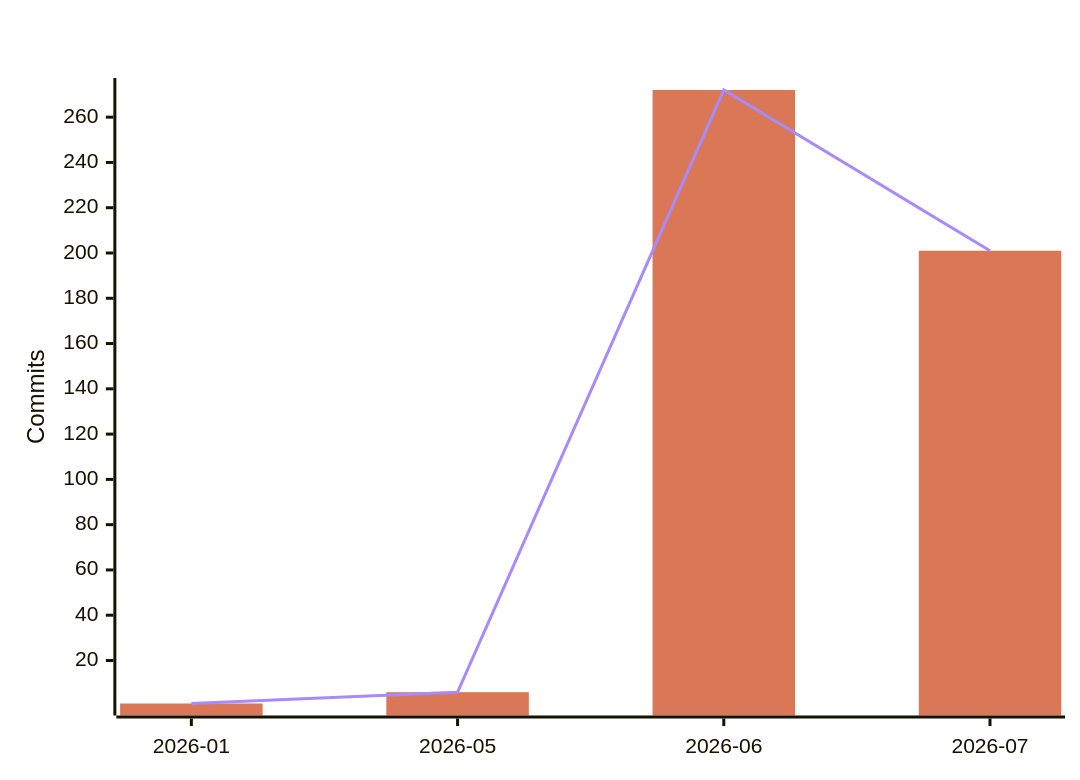
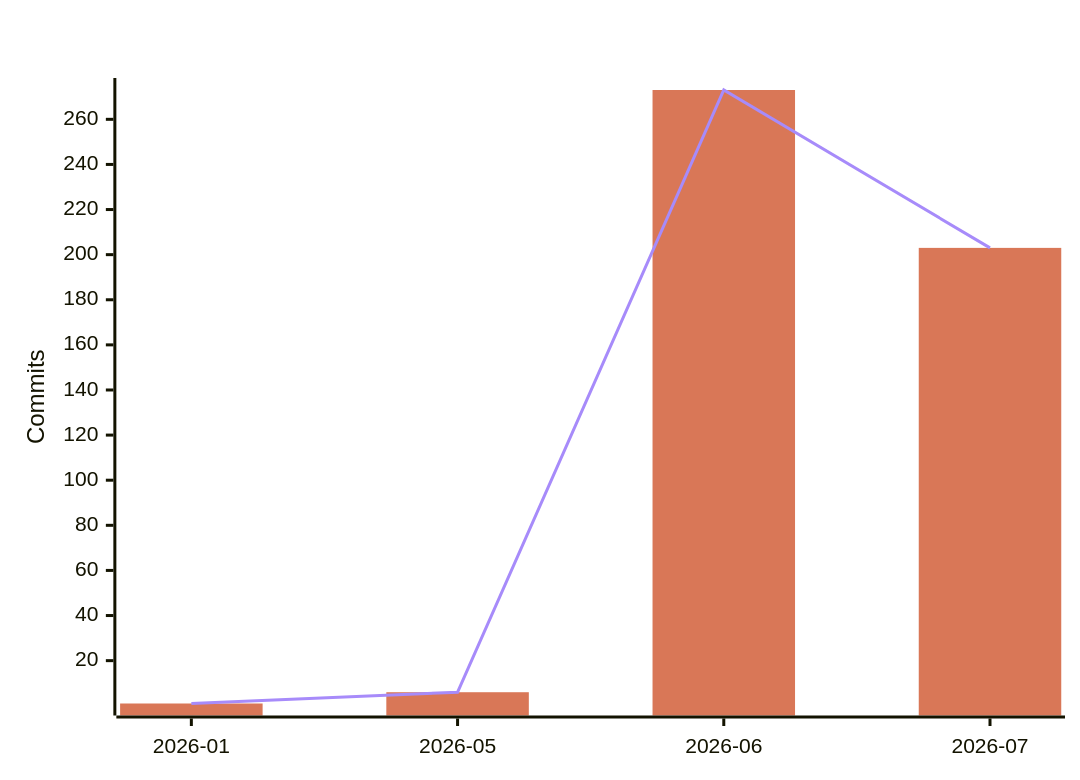
The fourth of 7 diagrams in README.md (polo-nyan/polo-nyan), drawn with Mermaid before and after one commit. The commit also changed other lines of this file and 3 other files, not shown here.

````diff
--- a/README.md
+++ b/README.md
@@ -247,9 +294,9 @@
 ```mermaid
 %%{init: {"xyChart": {"titleColor": "#ffffff", "xAxisLabelColor": "#ffffff", "yAxisLabelColor": "#ffffff"}, "themeVariables": {"xyChart": {"titleColor": "#ffffff", "plotColorPalette": "#d97757, #a78bfa"}}}}%%
 xychart-beta
     title "AI-Assisted Commits Per Month"
     x-axis ["2026-01", "2026-05", "2026-06", "2026-07"]
     y-axis "Commits"
-    bar [1, 6, 272, 201]
-    line [1, 6, 272, 201]
+    bar [1, 6, 273, 203]
+    line [1, 6, 273, 203]
 ```
````
